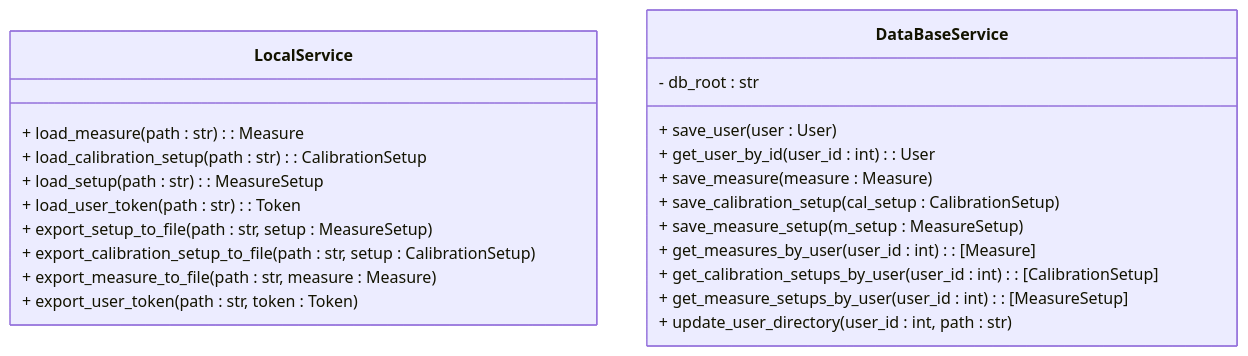
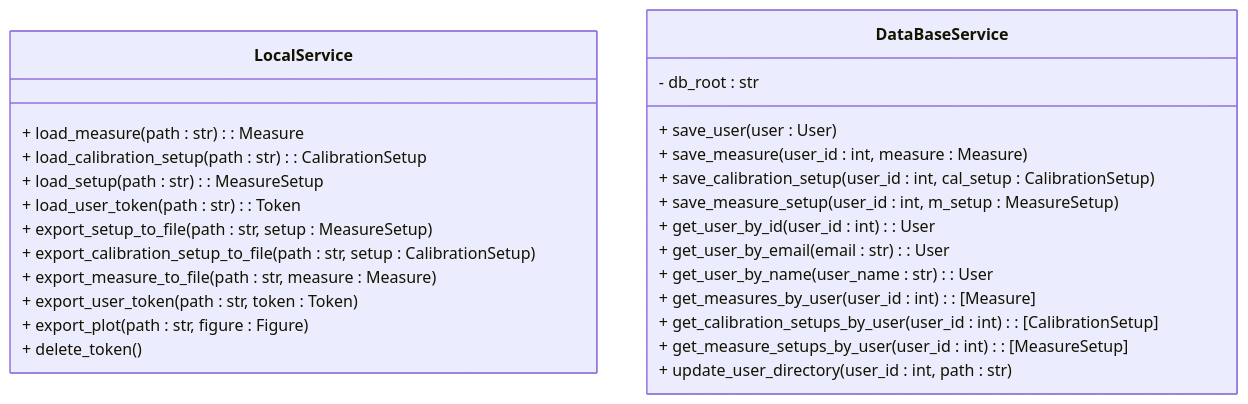
Diagram 21 of 33 in Gmini-MarkDown/Guanaco Mini.md (alegrelias/Repo-GMini), drawn with Mermaid before and after one commit. The commit also changed other lines of this file, not shown here.

````diff
--- a/Gmini-MarkDown/Guanaco Mini.md
+++ b/Gmini-MarkDown/Guanaco Mini.md
@@ -1799,30 +1554,34 @@
 ```mermaid
 classDiagram
 
 %% persistencia
 class LocalService{
 	%% operaciones en archivos
 	+ load_measure(path : str) : Measure
 	+ load_calibration_setup(path : str) : CalibrationSetup
 	+ load_setup(path : str) : MeasureSetup
 	+ load_user_token(path : str) : Token
 	+ export_setup_to_file(path : str, setup : MeasureSetup)
 	+ export_calibration_setup_to_file(path : str, setup : CalibrationSetup)
-	+  export_measure_to_file(path : str, measure : Measure)
+	+ export_measure_to_file(path : str, measure : Measure)
 	+ export_user_token(path : str, token : Token)
+	+ export_plot(path : str, figure : Figure)
+	+ delete_token()	
 }
 class DataBaseService{
 	- db_root : str
 	%% operaciones en db
 	+ save_user(user : User)
+	+ save_measure(user_id : int, measure : Measure)
+	+ save_calibration_setup(user_id : int, cal_setup : CalibrationSetup)
+	+ save_measure_setup(user_id : int, m_setup : MeasureSetup)
 	+ get_user_by_id(user_id : int): User
-	+ save_measure(measure : Measure)
-	+ save_calibration_setup(cal_setup : CalibrationSetup)
-	+ save_measure_setup(m_setup : MeasureSetup)
+	+ get_user_by_email(email : str): User
+	+ get_user_by_name(user_name : str): User 
 	+ get_measures_by_user(user_id : int) : [Measure]
 	+ get_calibration_setups_by_user(user_id : int) : [CalibrationSetup]
 	+ get_measure_setups_by_user(user_id : int) : [MeasureSetup]
 	+ update_user_directory(user_id : int, path : str) 
 }
 
 ```
````
